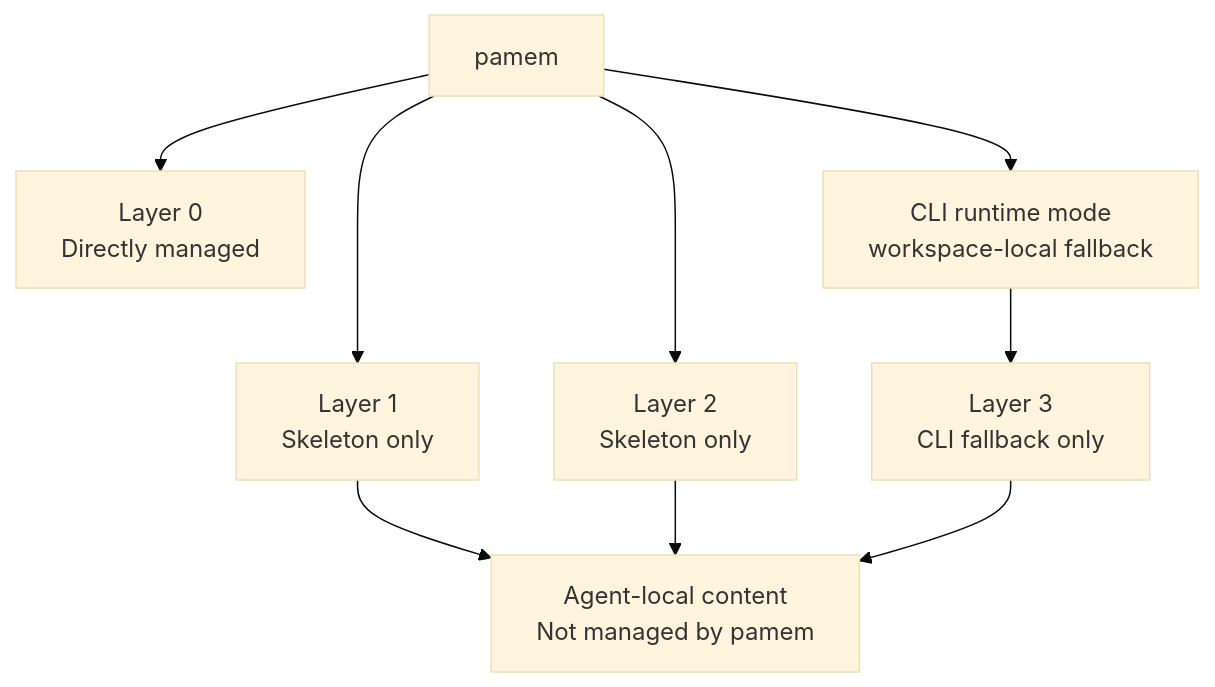
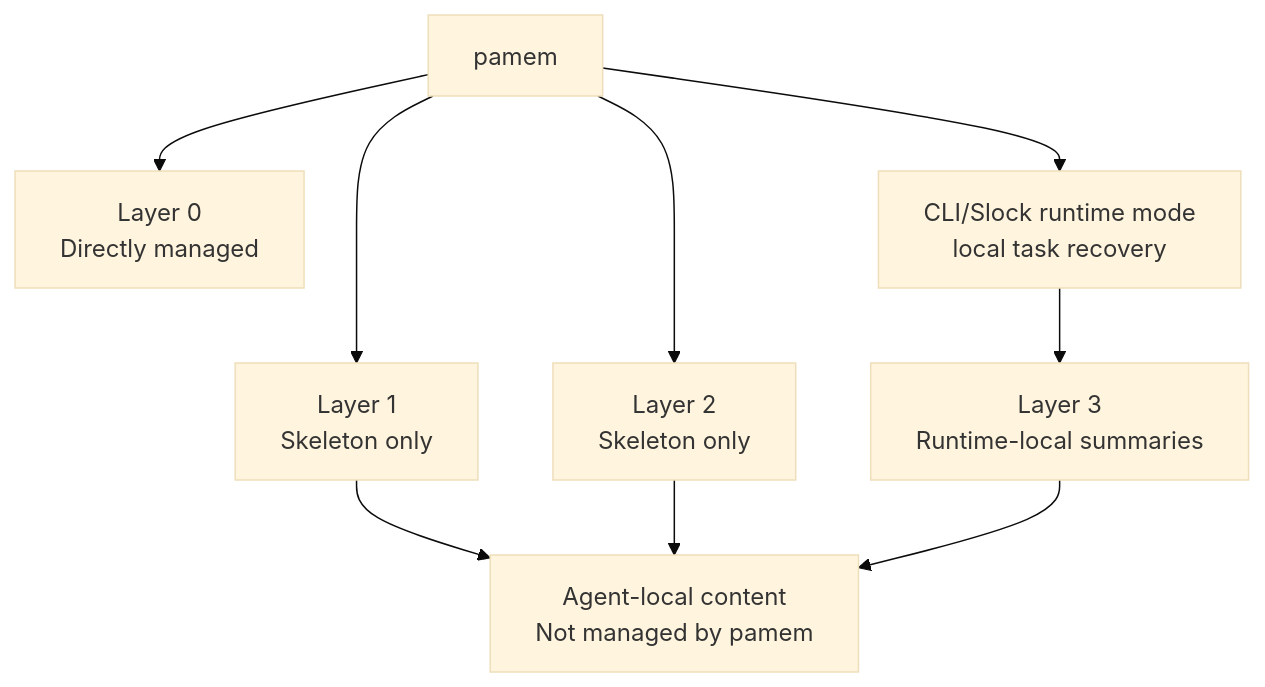
One commit to PHLens/pamem changed the second of 2 diagrams in DESIGN.md. Above: the diagram before and after it, drawn with Mermaid (base theme). The commit also changed other lines of this file and 19 other files, not shown here.

Commit message:
Align pamem Slock workspace state

````diff
--- a/DESIGN.md
+++ b/DESIGN.md
@@ -90,19 +92,19 @@
 ```mermaid
 flowchart TD
     P["pamem"]
     L0["Layer 0<br/>Directly managed"]
     L1["Layer 1<br/>Skeleton only"]
     L2["Layer 2<br/>Skeleton only"]
-    L3["Layer 3<br/>CLI fallback only"]
-    CLI["CLI runtime mode<br/>workspace-local fallback"]
+    L3["Layer 3<br/>Runtime-local summaries"]
+    CLI["CLI/Slock runtime mode<br/>local task recovery"]
     C["Agent-local content<br/>Not managed by pamem"]
 
     P --> L0
     P --> L1
     P --> L2
     P --> CLI
     CLI --> L3
     L1 --> C
     L2 --> C
     L3 --> C
 ```
````
